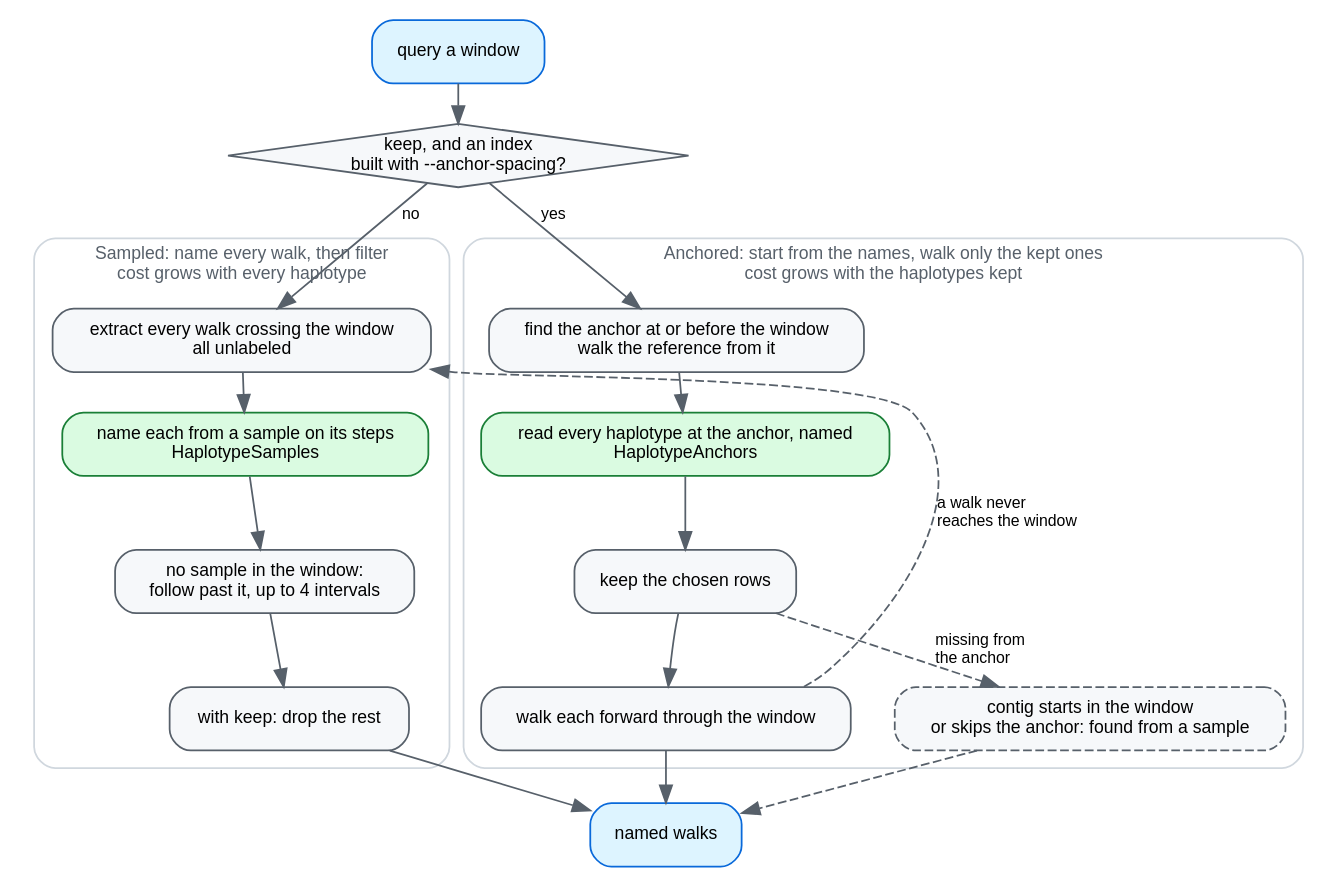
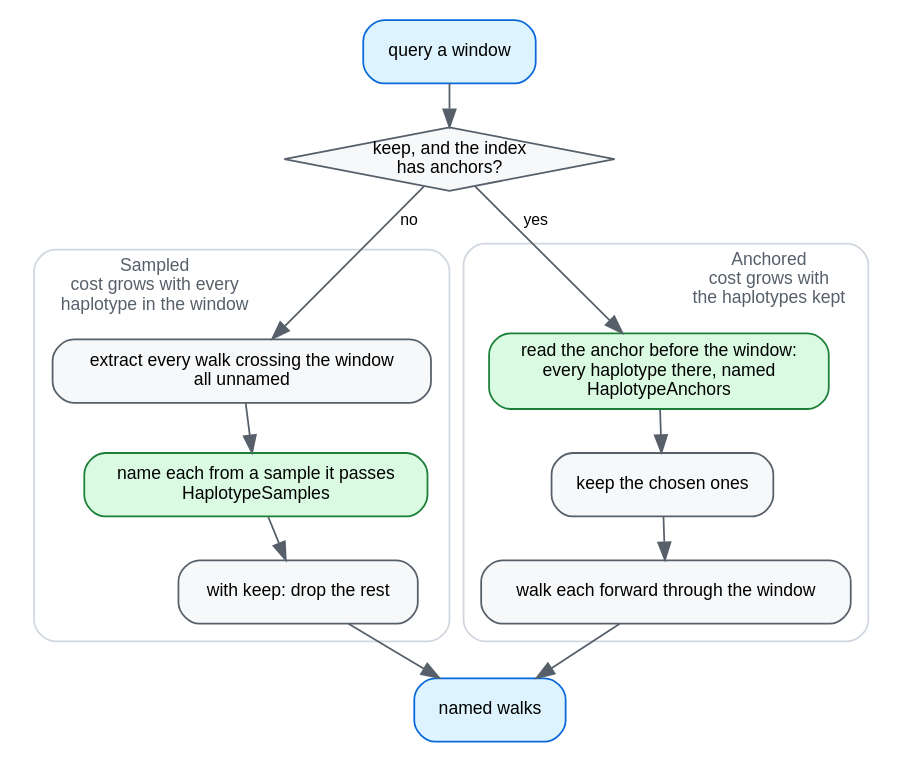
The diagram in docs/img/naming-routes.dot (GMOD/gbz-base-js), drawn with Graphviz before and after one commit. The commit also changed 3 other files, not shown here.

First line of the commit message:
Docs: simplify the haplotype index page and its two diagrams

```diff
--- a/docs/img/naming-routes.dot
+++ b/docs/img/naming-routes.dot
@@ -1,60 +1,61 @@
 // Source for docs/img/naming-routes.svg, which docs/haplotype-index.md embeds.
 // Regenerate with: dot -Tsvg docs/img/naming-routes.dot -o docs/img/naming-routes.svg
 // Palette matches dataflow.dot.
+//
+// Main paths only. The anchored route's two fallbacks (a kept haplotype
+// missing from the anchor, a walk that never reaches the window) are prose in
+// haplotype-index.md; drawn, their dashed edges crossed both clusters and
+// buried the choice the diagram exists to show.
 digraph namingroutes {
   rankdir=TB
   bgcolor="white"
   nodesep=0.35
-  ranksep=0.3
+  ranksep=0.32
   newrank=true
   node [shape=box style="filled,rounded" fillcolor="#f6f8fa" color="#57606a"
         fontname="Helvetica" fontsize=10 margin="0.14,0.07"]
   edge [color="#57606a" fontname="Helvetica" fontsize=9]
 
   query  [label="query a window" fillcolor="#ddf4ff" color="#0969da"]
-  choose [label="keep, and an index\nbuilt with --anchor-spacing?" shape=diamond style=filled margin="0.02,0.02"]
+  choose [label="keep, and the index\nhas anchors?" shape=diamond style=filled margin="0.02,0.02"]
   out    [label="named walks" fillcolor="#ddf4ff" color="#0969da"]
 
   query -> choose
 
   subgraph cluster_sampled {
-    label="Sampled: name every walk, then filter\ncost grows with every haplotype"
+    label="Sampled\ncost grows with every\nhaplotype in the window"
     labelloc="t"
+    labeljust="l"
     fontname="Helvetica"
     fontsize=10
     fontcolor="#57606a"
     color="#d0d7de"
     style="rounded"
     margin=10
-    s1 [label="extract every walk crossing the window\nall unlabeled"]
-    s2 [label="name each from a sample on its steps\nHaplotypeSamples" fillcolor="#dafbe1" color="#1a7f37"]
-    s3 [label="no sample in the window:\nfollow past it, up to 4 intervals"]
-    s4 [label="with keep: drop the rest"]
-    s1 -> s2 -> s3 -> s4
+    s1 [label="extract every walk crossing the window\nall unnamed"]
+    s2 [label="name each from a sample it passes\nHaplotypeSamples" fillcolor="#dafbe1" color="#1a7f37"]
+    s3 [label="with keep: drop the rest"]
+    s1 -> s2 -> s3
   }
 
   subgraph cluster_anchored {
-    label="Anchored: start from the names, walk only the kept ones\ncost grows with the haplotypes kept"
+    label="Anchored\ncost grows with\nthe haplotypes kept"
     labelloc="t"
+    labeljust="r"
     fontname="Helvetica"
     fontsize=10
     fontcolor="#57606a"
     color="#d0d7de"
     style="rounded"
     margin=10
-    a1 [label="find the anchor at or before the window\nwalk the reference from it"]
-    a2 [label="read every haplotype at the anchor, named\nHaplotypeAnchors" fillcolor="#dafbe1" color="#1a7f37"]
-    a3 [label="keep the chosen rows"]
-    a4 [label="walk each forward through the window"]
-    a5 [label="contig starts in the window\nor skips the anchor: found from a sample" style="dashed,rounded,filled"]
-    a1 -> a2 -> a3 -> a4
-    a3 -> a5 [style=dashed label=" missing from\l the anchor\l"]
+    a1 [label="read the anchor before the window:\nevery haplotype there, named\nHaplotypeAnchors" fillcolor="#dafbe1" color="#1a7f37"]
+    a2 [label="keep the chosen ones"]
+    a3 [label="walk each forward through the window"]
+    a1 -> a2 -> a3
   }
 
   choose -> s1 [label=" no "]
   choose -> a1 [label=" yes "]
-  a4 -> s1 [style=dashed constraint=false label=" a walk never\l reaches the window\l"]
-  s4 -> out
-  a4 -> out
-  a5 -> out [style=dashed]
+  s3 -> out
+  a3 -> out
 }
```
